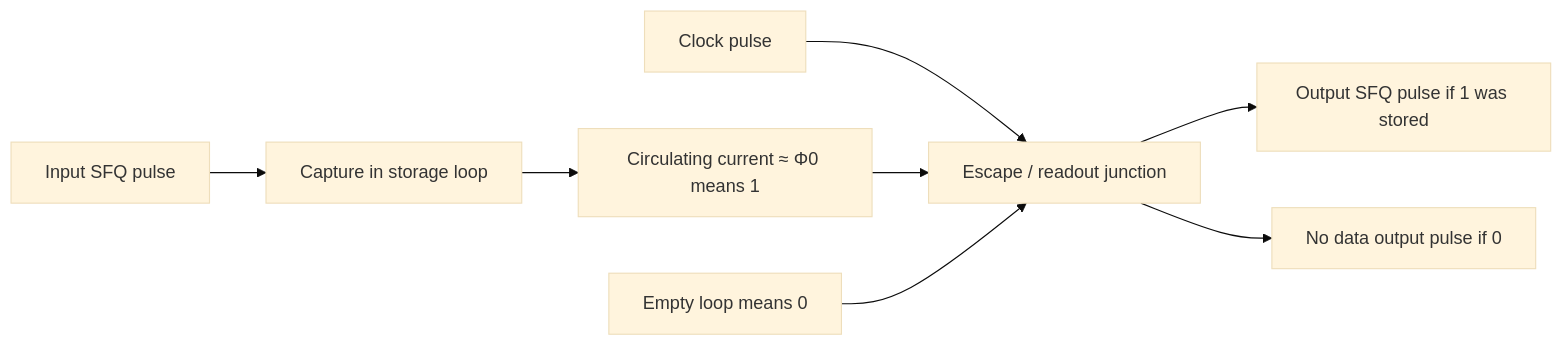
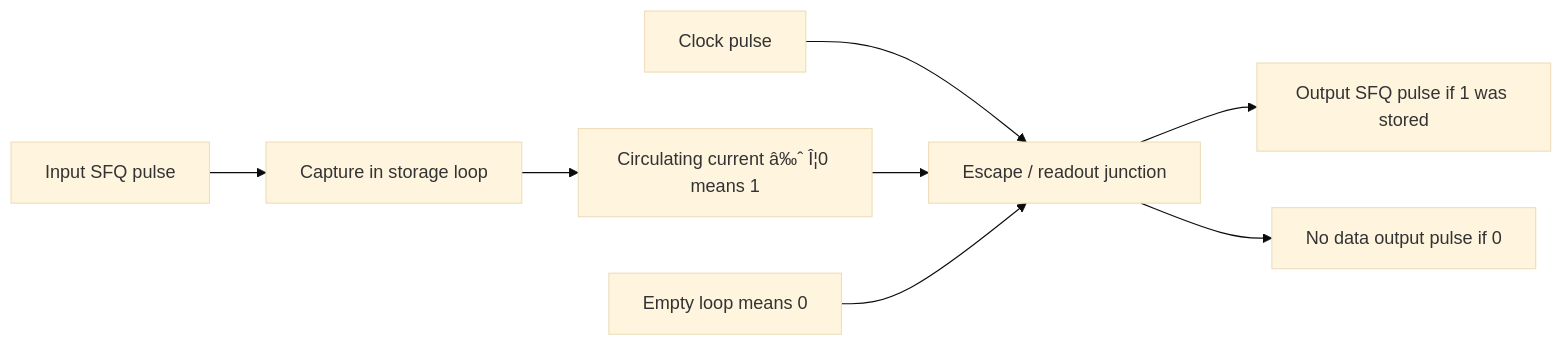
The first of 2 diagrams in docs/bridge/pulse-to-logic-state.md (Single-Flux-Quantum/sfq-learn-public), drawn with Mermaid (base theme) before and after one commit. The commit also changed other lines of this file and 41 other files, not shown here.

````diff
--- a/docs/bridge/pulse-to-logic-state.md
+++ b/docs/bridge/pulse-to-logic-state.md
@@ -68,10 +68,10 @@
 ```mermaid
 flowchart LR
   In[Input SFQ pulse] --> Capture[Capture in storage loop]
-  Capture --> Stored[Circulating current ≈ Φ0 means 1]
+  Capture --> Stored[Circulating current â‰ˆ Î¦0 means 1]
   Clock[Clock pulse] --> Read[Escape / readout junction]
   Stored --> Read
   Read --> Out[Output SFQ pulse if 1 was stored]
   Empty[Empty loop means 0] --> Read
   Read --> Quiet[No data output pulse if 0]
 ```
````
